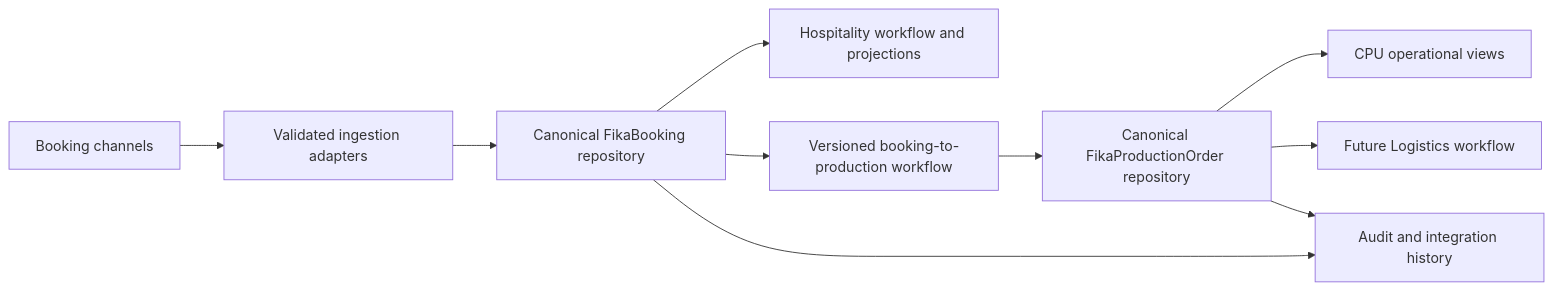
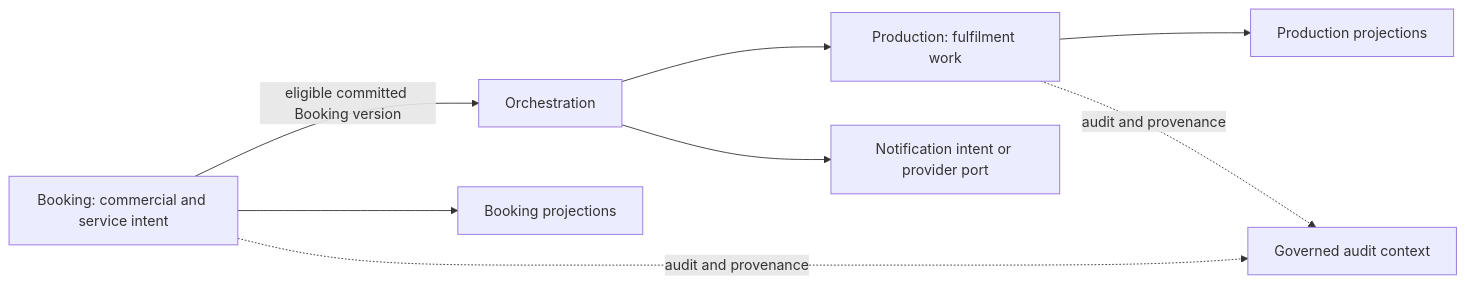
The second of 2 diagrams in docs/target-architecture.md (derekfika/fika-os), drawn with Mermaid before and after one commit. The commit also changed other lines of this file and 16 other files, not shown here.

Commit message:
docs(architecture): establish initial stage 6 boundaries

````diff
--- a/docs/target-architecture.md
+++ b/docs/target-architecture.md
@@ -125,12 +109,10 @@
 ```mermaid
 flowchart LR
-  CHANNELS["Booking channels"] --> INGEST["Validated ingestion adapters"]
-  INGEST --> BOOKING["Canonical FikaBooking repository"]
-  BOOKING --> HOSP["Hospitality workflow and projections"]
-  BOOKING --> TRANSFORM["Versioned booking-to-production workflow"]
-  TRANSFORM --> PROD["Canonical FikaProductionOrder repository"]
-  PROD --> CPU["CPU operational views"]
-  PROD --> LOG["Future Logistics workflow"]
-  BOOKING --> AUDIT["Audit and integration history"]
-  PROD --> AUDIT
+    B["Booking: commercial and service intent"] -->|"eligible committed Booking version"| O["Orchestration"]
+    O --> P["Production: fulfilment work"]
+    B --> BP["Booking projections"]
+    P --> PP["Production projections"]
+    O --> N["Notification intent or provider port"]
+    B -. "audit and provenance" .-> A["Governed audit context"]
+    P -. "audit and provenance" .-> A
 ```
````
